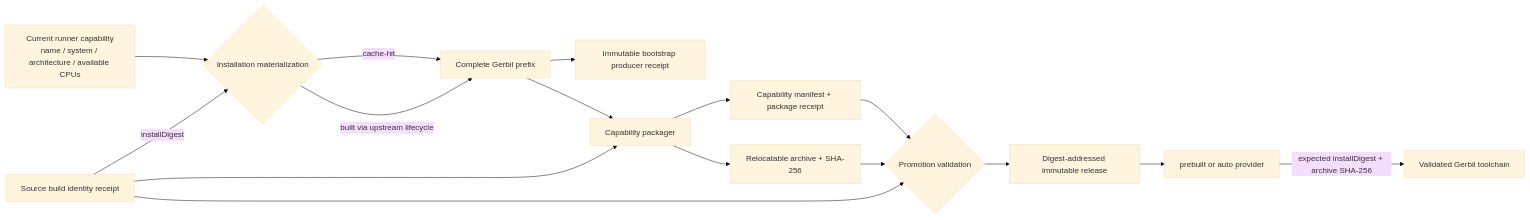
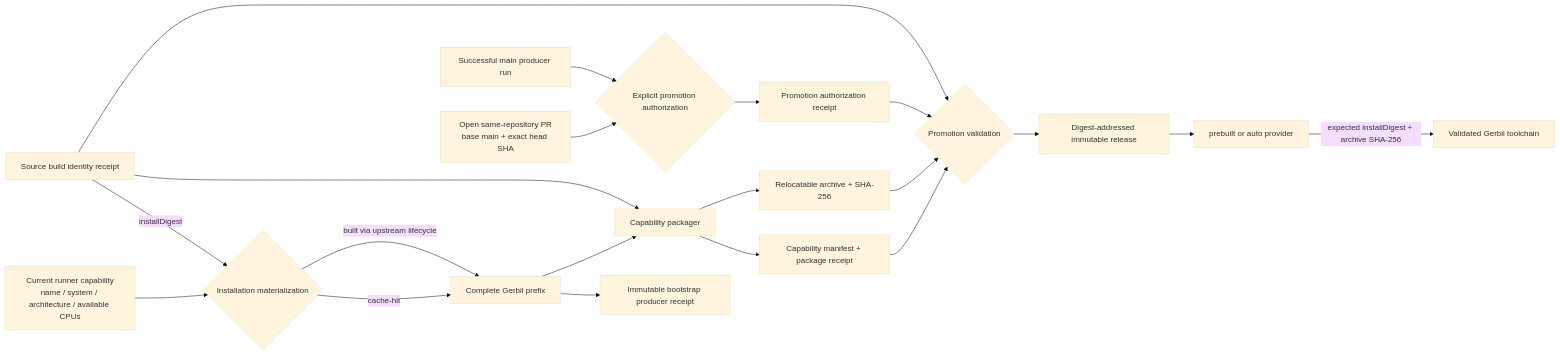
The third of 3 diagrams in docs/rfc/0007-source-build-identity-v1.org (tao3k/gerbil-bazel), drawn with Mermaid (base theme) before and after one commit. The commit also changed other lines of this file and 7 other files, not shown here.

```diff
--- a/docs/rfc/0007-source-build-identity-v1.org
+++ b/docs/rfc/0007-source-build-identity-v1.org
@@ -133,18 +139,22 @@
 #+begin_src mermaid
 flowchart LR
   E["Current runner capability<br/>name / system / architecture / available CPUs"] --> M
   I["Source build identity receipt"] -->|"installDigest"| M{"Installation materialization"}
   M -->|"cache-hit"| P["Complete Gerbil prefix"]
   M -->|"built via upstream lifecycle"| P
   P --> B["Immutable bootstrap producer receipt"]
   P --> K["Capability packager"]
   I --> K
   K --> C["Capability manifest + package receipt"]
   K --> A["Relocatable archive + SHA-256"]
+  X["Successful main producer run"] --> Q{"Explicit promotion authorization"}
+  Y["Open same-repository PR<br/>base main + exact head SHA"] --> Q
+  Q --> Z["Promotion authorization receipt"]
+  Z --> V
   C --> V{"Promotion validation"}
   A --> V
   I --> V
   V --> R["Digest-addressed immutable release"]
   R --> D["prebuilt or auto provider"]
   D -->|"expected installDigest + archive SHA-256"| T["Validated Gerbil toolchain"]
 #+end_src
```
